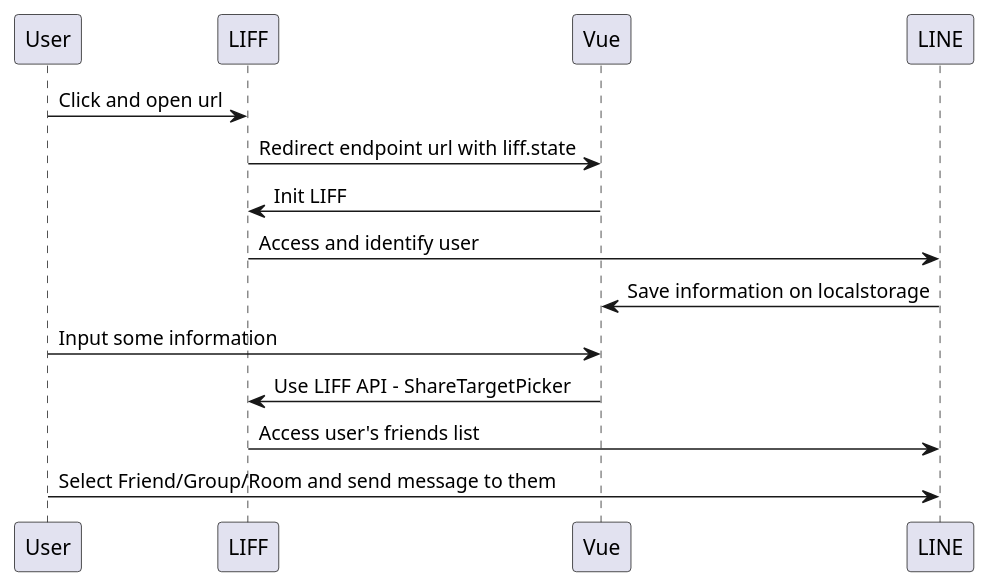
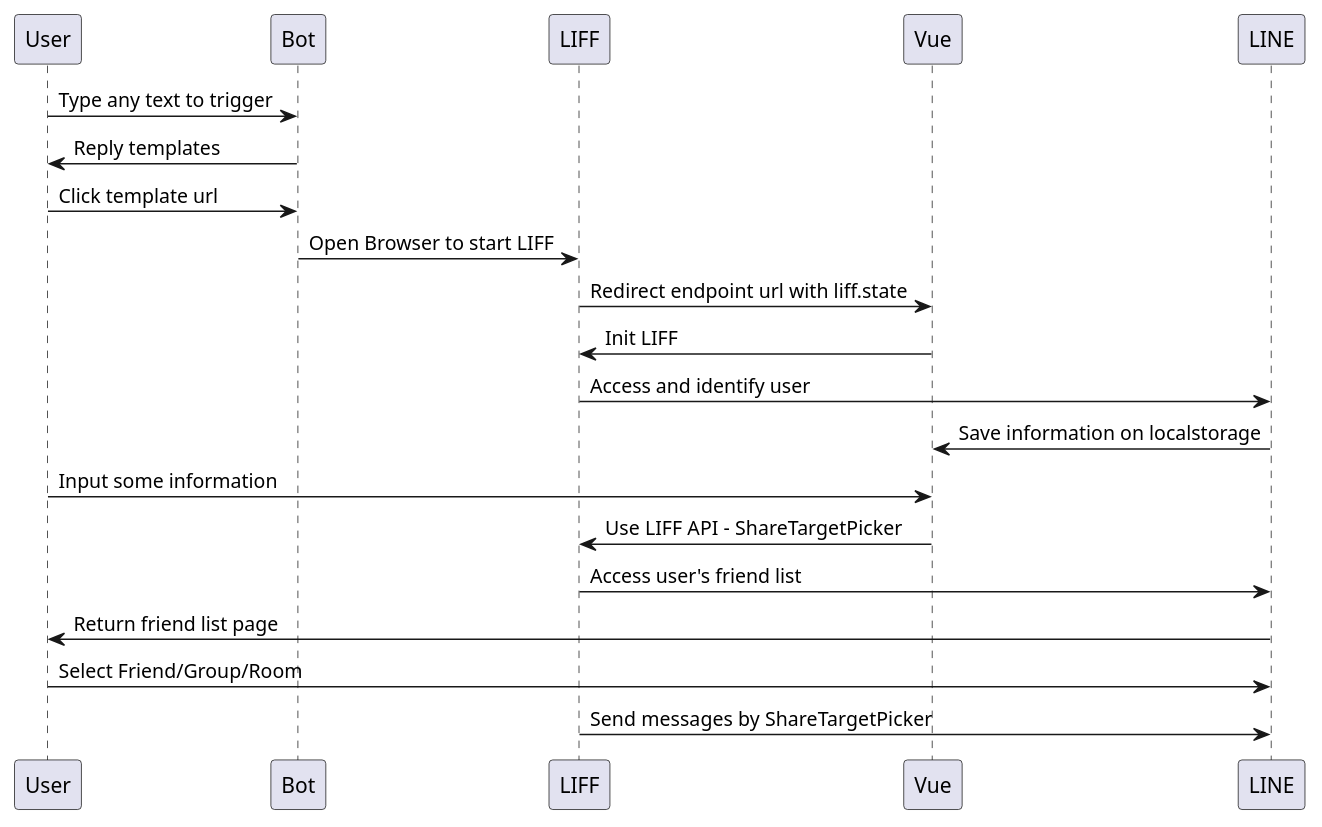
One commit to louis70109/nijia-blog-backup changed the diagram in source/diagrams/src/diagrams.wsd. Above: the diagram before and after it, drawn with PlantUML. The commit also changed 2 other files, not shown here.

```diff
--- a/source/diagrams/src/diagrams.wsd
+++ b/source/diagrams/src/diagrams.wsd
@@ -1,11 +1,16 @@
 @startuml
-User -> LIFF: Click and open url
+User -> Bot: Type any text to trigger
+Bot -> User: Reply templates
+User -> Bot: Click template url
+Bot -> LIFF: Open Browser to start LIFF
 LIFF -> Vue: Redirect endpoint url with liff.state
 Vue -> LIFF: Init LIFF
 LIFF -> LINE: Access and identify user
 LINE -> Vue: Save information on localstorage
 User -> Vue: Input some information
 Vue -> LIFF: Use LIFF API - ShareTargetPicker
-LIFF -> LINE: Access user's friends list
-User -> LINE: Select Friend/Group/Room and send message to them
+LIFF -> LINE: Access user's friend list
+LINE -> User: Return friend list page
+User -> LINE: Select Friend/Group/Room 
+LIFF -> LINE: Send messages by ShareTargetPicker
 @enduml
```
